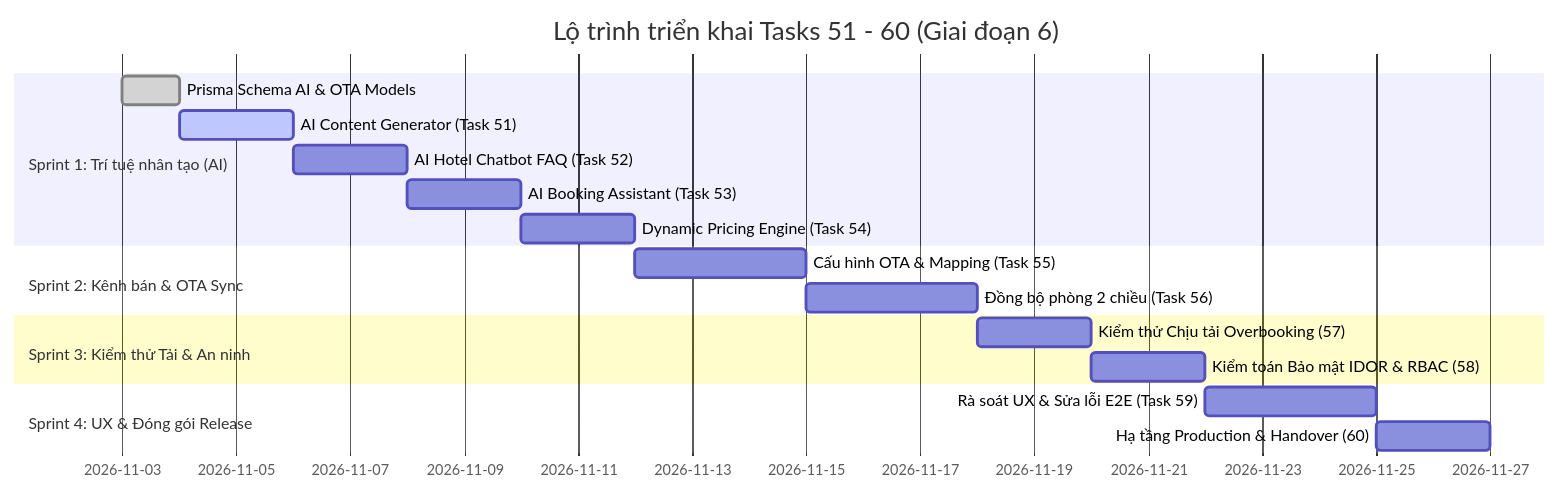
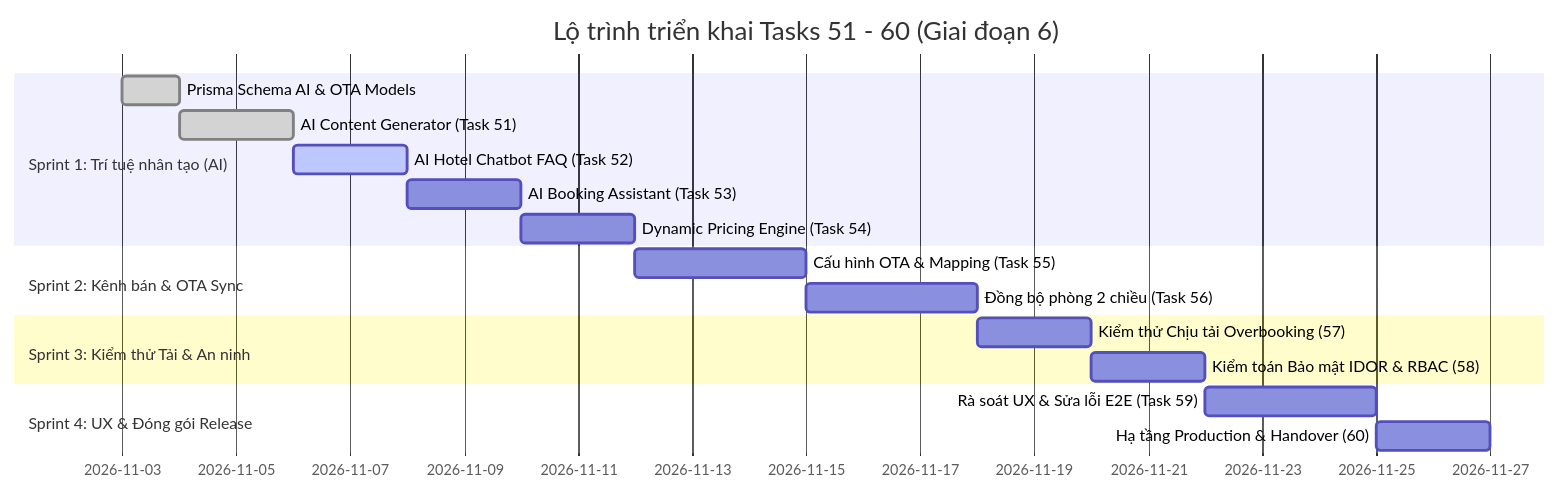
The second of 2 diagrams in docs/PLAN-TASKS-51-60.md (vogiahuy2506-lang/Digistay), drawn with Mermaid before and after one commit. The commit also changed other lines of this file and 8 other files, not shown here.

Commit message:
feat: implement AI room description and blog content generator (Task 51)

````diff
--- a/docs/PLAN-TASKS-51-60.md
+++ b/docs/PLAN-TASKS-51-60.md
@@ -440,20 +440,20 @@
 ```mermaid
 gantt
     title Lộ trình triển khai Tasks 51 - 60 (Giai đoạn 6)
     dateFormat  YYYY-MM-DD
     section Sprint 1: Trí tuệ nhân tạo (AI)
     Prisma Schema AI & OTA Models    :done,    sp1_1, 2026-11-03, 1d
-    AI Content Generator (Task 51)   :active,  sp1_2, after sp1_1, 2d
-    AI Hotel Chatbot FAQ (Task 52)   :         sp1_3, after sp1_2, 2d
+    AI Content Generator (Task 51)   :done,    sp1_2, after sp1_1, 2d
+    AI Hotel Chatbot FAQ (Task 52)   :active,  sp1_3, after sp1_2, 2d
     AI Booking Assistant (Task 53)   :         sp1_4, after sp1_3, 2d
     Dynamic Pricing Engine (Task 54) :         sp1_5, after sp1_4, 2d
     section Sprint 2: Kênh bán & OTA Sync
     Cấu hình OTA & Mapping (Task 55) :         sp2_1, after sp1_5, 3d
     Đồng bộ phòng 2 chiều (Task 56)  :         sp2_2, after sp2_1, 3d
     section Sprint 3: Kiểm thử Tải & An ninh
     Kiểm thử Chịu tải Overbooking (57):        sp3_1, after sp2_2, 2d
     Kiểm toán Bảo mật IDOR & RBAC (58):        sp3_2, after sp3_1, 2d
     section Sprint 4: UX & Đóng gói Release
     Rà soát UX & Sửa lỗi E2E (Task 59):       sp4_1, after sp3_2, 3d
     Hạ tầng Production & Handover (60):       sp4_2, after sp4_1, 2d
 ```
````
